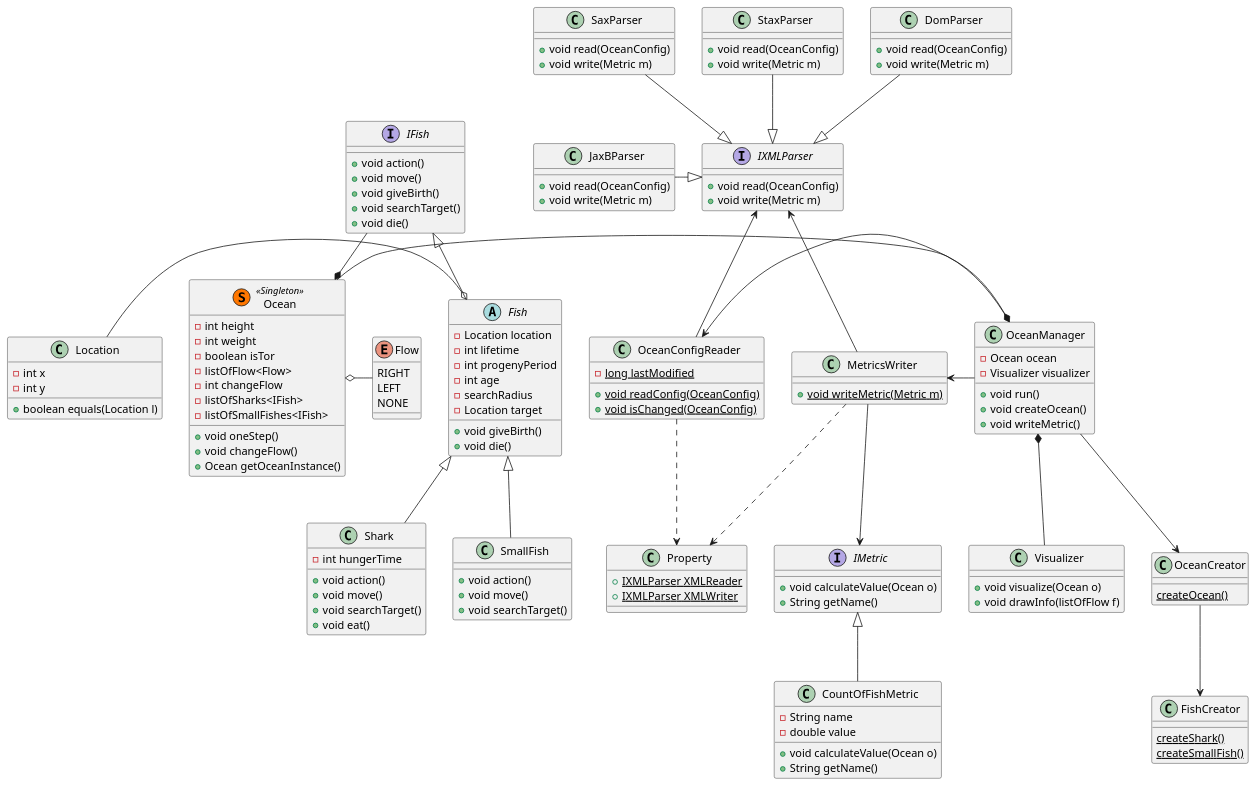
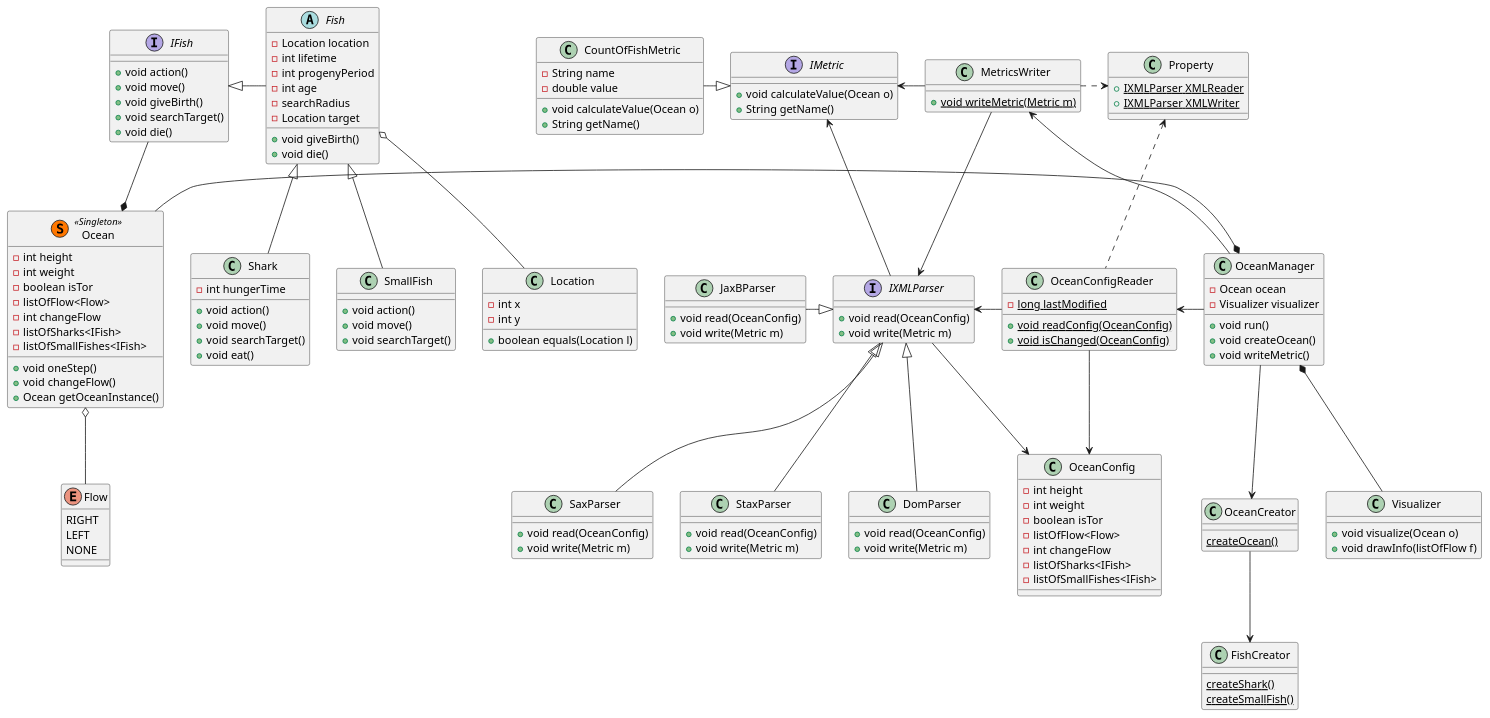
One commit to TraningCenter/aqua-thor_kovalenko-elfimova changed the diagram in docs/classDiagram.puml. Above: the diagram before and after it, drawn with PlantUML. The commit also changed 1 other file, not shown here.

Commit message:
update class diagram

```diff
--- a/docs/classDiagram.puml
+++ b/docs/classDiagram.puml
@@ -1,154 +1,167 @@
-IFish <|-- Fish
+IFish <|-right- Fish
 Fish <|-- Shark
 Fish <|-- SmallFish
-Location -right-o Fish
-Flow -right-o Ocean
+Location -up-o Fish
+Flow -up-o Ocean
 IFish -down-* Ocean
 Ocean -right-* OceanManager
 Visualizer -up-* OceanManager
 OceanCreator --> FishCreator
 OceanManager --> OceanCreator
 JaxBParser -right-|> IXMLParser
-SaxParser -down-|> IXMLParser
-StaxParser -down-|> IXMLParser
-DomParser -down-|> IXMLParser
-OceanConfigReader -up-> IXMLParser
-OceanConfigReader ..> Property
+SaxParser -up-|> IXMLParser
+StaxParser -up-|> IXMLParser
+DomParser -up-|> IXMLParser
+OceanConfigReader -left-> IXMLParser
+OceanConfigReader .up.> Property
 OceanManager -left-> OceanConfigReader
-CountOfFishMetric -up-|> IMetric
-MetricsWriter --> IMetric
+CountOfFishMetric -right-|> IMetric
+MetricsWriter -left-> IMetric
 OceanManager -left-> MetricsWriter
 MetricsWriter .right.> Property
-MetricsWriter -up->IXMLParser
+MetricsWriter -down->IXMLParser
+OceanConfigReader -down-> OceanConfig
+IXMLParser -down-> OceanConfig
+IXMLParser -up-> IMetric
 
 
 Enum Flow {
 RIGHT
 LEFT
 NONE
 }
 
 Interface IFish {
 + void action()
 + void move()
 + void giveBirth()
 + void searchTarget()
 + void die()
 }
 
 Abstract Fish {
 - Location location
 - int lifetime
 - int progenyPeriod
 - int age
 - searchRadius
 - Location target
 + void giveBirth()
 + void die()
 }
 
 Class Shark {
 - int hungerTime
 + void action()
 + void move()
 + void searchTarget()
 + void eat()
 }
 
 Class SmallFish {
 + void action()
 + void move()
 + void searchTarget()
 }
 
 Class Location {
 - int x
 - int y
 + boolean equals(Location l)
 }
 
 class Ocean << (S,#FF7700) Singleton >>{
 - int height
 - int weight
 - boolean isTor
 - listOfFlow<Flow>
 - int changeFlow
 - listOfSharks<IFish>
 - listOfSmallFishes<IFish>
 + void oneStep()
 + void changeFlow()
 + Ocean getOceanInstance()
 }
 
 Class OceanManager{
 - Ocean ocean
 - Visualizer visualizer
 + void run()
 + void createOcean()
 + void writeMetric()
 }
 
 Class Visualizer{
 + void visualize(Ocean o)
 + void drawInfo(listOfFlow f)
 }
 
 Class OceanCreator{
 {static} createOcean()
 }
 
 Class FishCreator{
 {static} createShark()
 {static} createSmallFish()
 }
 
 Class OceanConfigReader{
 - {static} long lastModified
 + {static} void readConfig(OceanConfig)
 + {static} void isChanged(OceanConfig)
 }
 
+class OceanConfig{
+- int height
+- int weight
+- boolean isTor
+- listOfFlow<Flow>
+- int changeFlow
+- listOfSharks<IFish>
+- listOfSmallFishes<IFish>
+}
+
 interface IXMLParser {
 + void read(OceanConfig)
 + void write(Metric m)
 }
 class JaxBParser {
 + void read(OceanConfig)
 + void write(Metric m)
 }
 
 class SaxParser {
 + void read(OceanConfig)
 + void write(Metric m)
 }
 
 class StaxParser {
 + void read(OceanConfig)
 + void write(Metric m)
 }
 
 class DomParser {
 + void read(OceanConfig)
 + void write(Metric m)
 }
 
 class Property{
 + {static} IXMLParser XMLReader
 + {static} IXMLParser XMLWriter
 }
 
 interface IMetric{
 + void calculateValue(Ocean o)
 + String getName()
 }
 
 class CountOfFishMetric{
 - String name
 - double value
 + void calculateValue(Ocean o)
 + String getName()
 }
 
 class MetricsWriter {
 + {static} void writeMetric(Metric m)
 }
```
